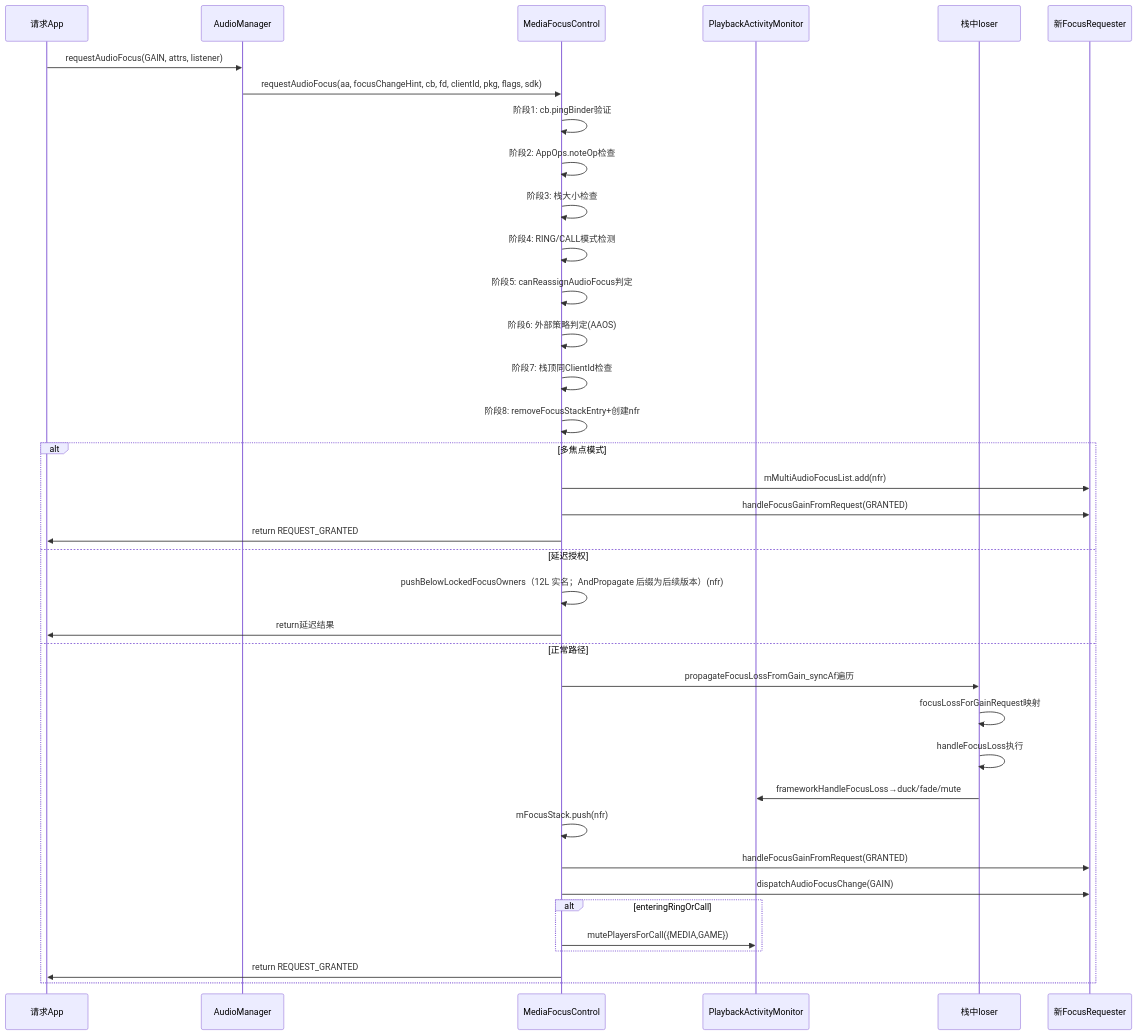
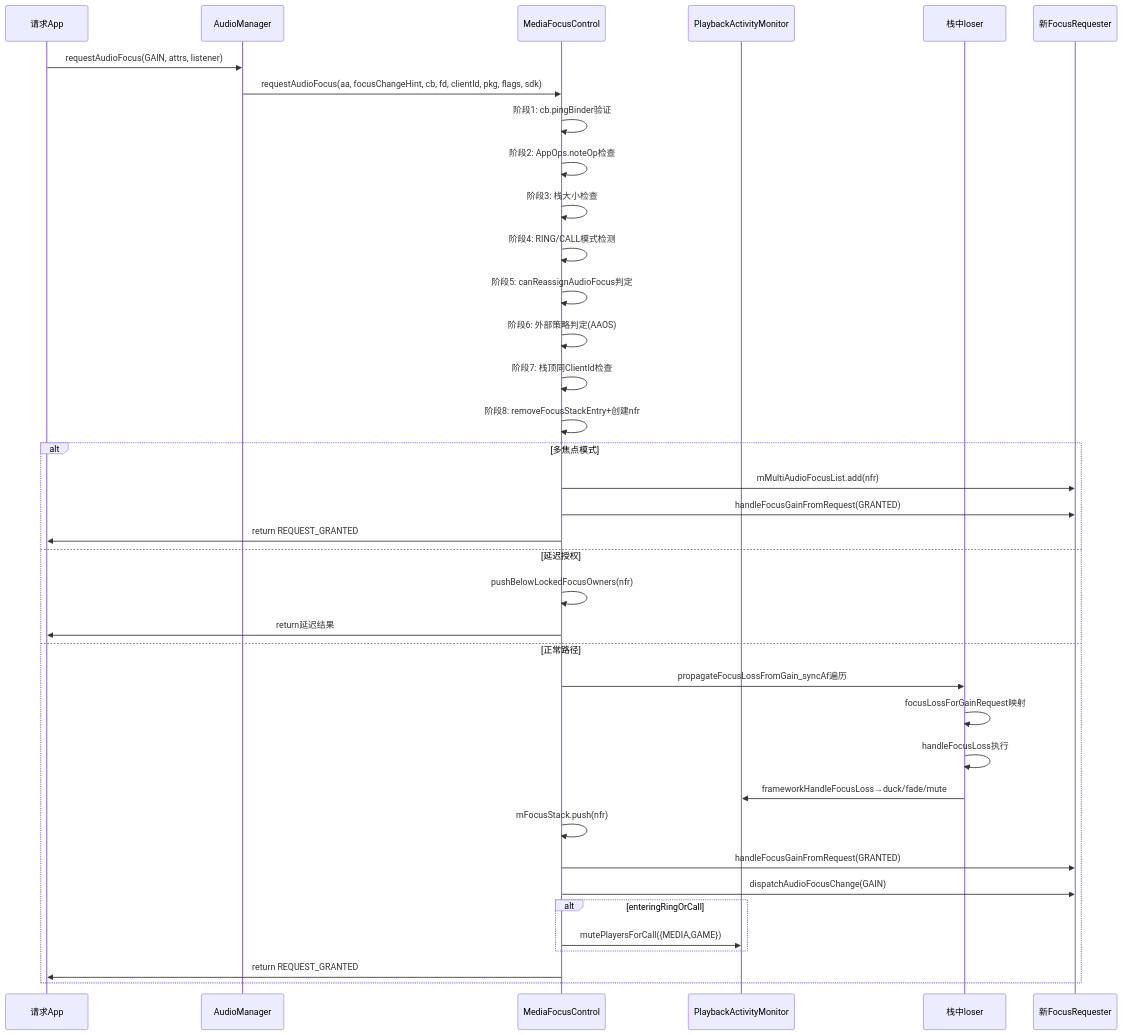
The second of 3 diagrams in 12_Audio_Focus_Deep_Dive/12_12.3_requestAudioFocus完整流程.md (yanglinzhen1022/SA8295_AAOS_QNX_Audio_KnowledgeBase), drawn with Mermaid before and after one commit. The commit also changed other lines of this file and 14 other files, not shown here.

````diff
--- a/12_Audio_Focus_Deep_Dive/12_12.3_requestAudioFocus完整流程.md
+++ b/12_Audio_Focus_Deep_Dive/12_12.3_requestAudioFocus完整流程.md
@@ -302,41 +326,41 @@
 ```mermaid
 sequenceDiagram
     participant App as 请求App
     participant AM as AudioManager
     participant MFC as MediaFocusControl
     participant PAM as PlaybackActivityMonitor
     participant LOSER as 栈中loser
     participant NFR as 新FocusRequester
 
     App->>AM: requestAudioFocus(GAIN, attrs, listener)
     AM->>MFC: requestAudioFocus(aa, focusChangeHint, cb, fd, clientId, pkg, flags, sdk)
     MFC->>MFC: 阶段1: cb.pingBinder验证
     MFC->>MFC: 阶段2: AppOps.noteOp检查
     MFC->>MFC: 阶段3: 栈大小检查
     MFC->>MFC: 阶段4: RING/CALL模式检测
     MFC->>MFC: 阶段5: canReassignAudioFocus判定
     MFC->>MFC: 阶段6: 外部策略判定(AAOS)
     MFC->>MFC: 阶段7: 栈顶同ClientId检查
     MFC->>MFC: 阶段8: removeFocusStackEntry+创建nfr
 
     alt 多焦点模式
         MFC->>NFR: mMultiAudioFocusList.add(nfr)
         MFC->>NFR: handleFocusGainFromRequest(GRANTED)
         MFC->>App: return REQUEST_GRANTED
     else 延迟授权
-        MFC->>MFC: pushBelowLockedFocusOwners（12L 实名；AndPropagate 后缀为后续版本）(nfr)
+        MFC->>MFC: pushBelowLockedFocusOwners(nfr)
         MFC->>App: return延迟结果
     else 正常路径
         MFC->>LOSER: propagateFocusLossFromGain_syncAf遍历
         LOSER->>LOSER: focusLossForGainRequest映射
         LOSER->>LOSER: handleFocusLoss执行
         LOSER->>PAM: frameworkHandleFocusLoss→duck/fade/mute
         MFC->>MFC: mFocusStack.push(nfr)
         MFC->>NFR: handleFocusGainFromRequest(GRANTED)
         MFC->>NFR: dispatchAudioFocusChange(GAIN)
         alt enteringRingOrCall
             MFC->>PAM: mutePlayersForCall({MEDIA,GAME})
         end
         MFC->>App: return REQUEST_GRANTED
     end
 ```
````
